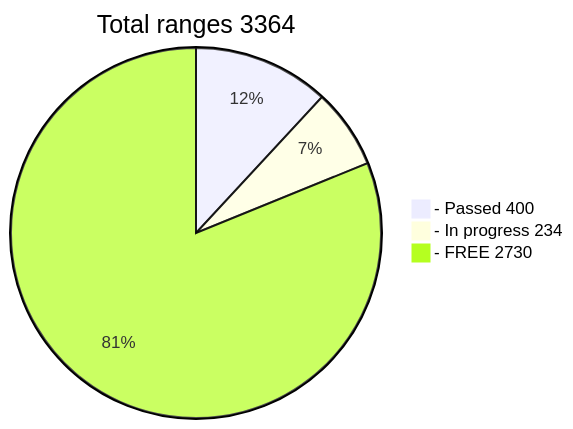
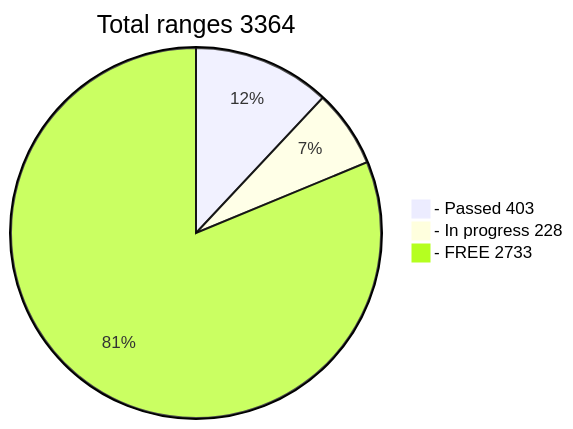
The diagram in README.md (phrutis/wif500), drawn with Mermaid before and after one commit.

````diff
--- a/README.md
+++ b/README.md
@@ -16,6 +16,6 @@
 ```mermaid
 pie title Total ranges 3364
-  "- Passed 400" : 400
-  "- In progress 234" : 234
-  "- FREE 2730" : 2730
+  "- Passed 403" : 403
+  "- In progress 228" : 228
+  "- FREE 2733" : 2733
 ```
````
